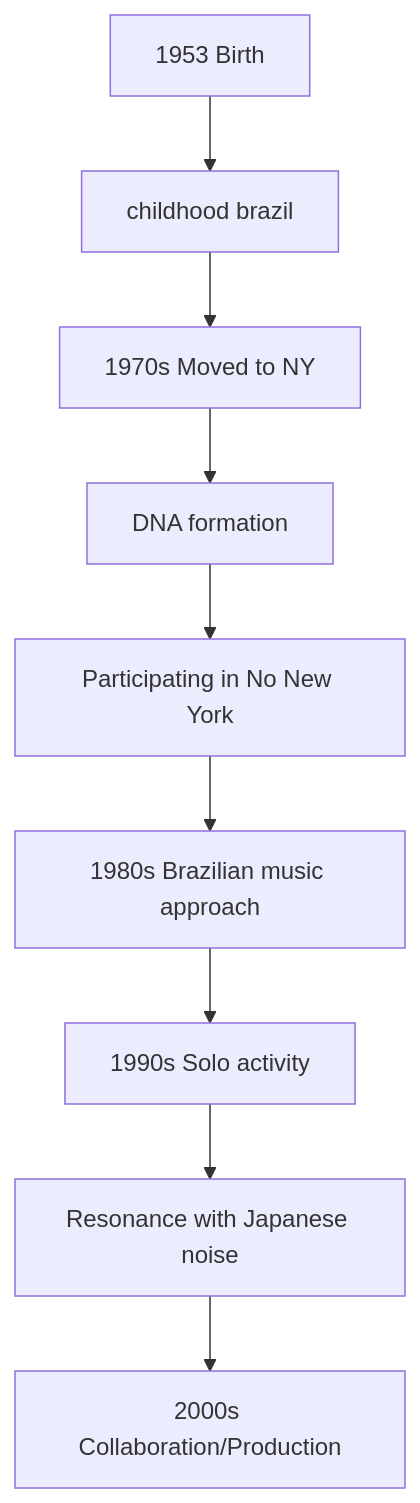
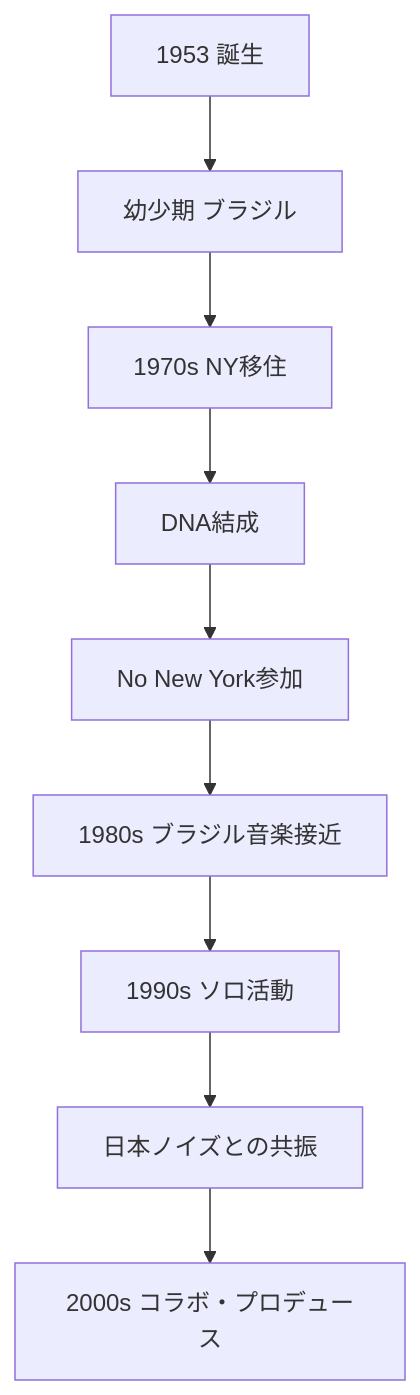
Before and after one commit to monumental-movement/monumental-movement.github.io: the second of 2 diagrams in en/_posts/2026-04-18-column-arto-lindsay.md, drawn with Mermaid. The commit also changed other lines of this file and 2196 other files, not shown here.

```diff
--- a/en/_posts/2026-04-18-column-arto-lindsay.md
+++ b/en/_posts/2026-04-18-column-arto-lindsay.md
@@ -222,11 +222,11 @@
 <div class="mermaid">
 flowchart TD
-A[1953 Birth] --> B[childhood brazil]
-B --> C[1970s Moved to NY]
-C --> D[DNA formation]
-D --> E[Participating in No New York]
-E --> F[1980s Brazilian music approach]
-F --> G[1990s Solo activity]
-G --> H[Resonance with Japanese noise]
-H --> I[2000s Collaboration/Production]
+A[1953 誕生] --> B[幼少期 ブラジル]
+B --> C[1970s NY移住]
+C --> D[DNA結成]
+D --> E[No New York参加]
+E --> F[1980s ブラジル音楽接近]
+F --> G[1990s ソロ活動]
+G --> H[日本ノイズとの共振]
+H --> I[2000s コラボ・プロデュース]
 </div>
```
